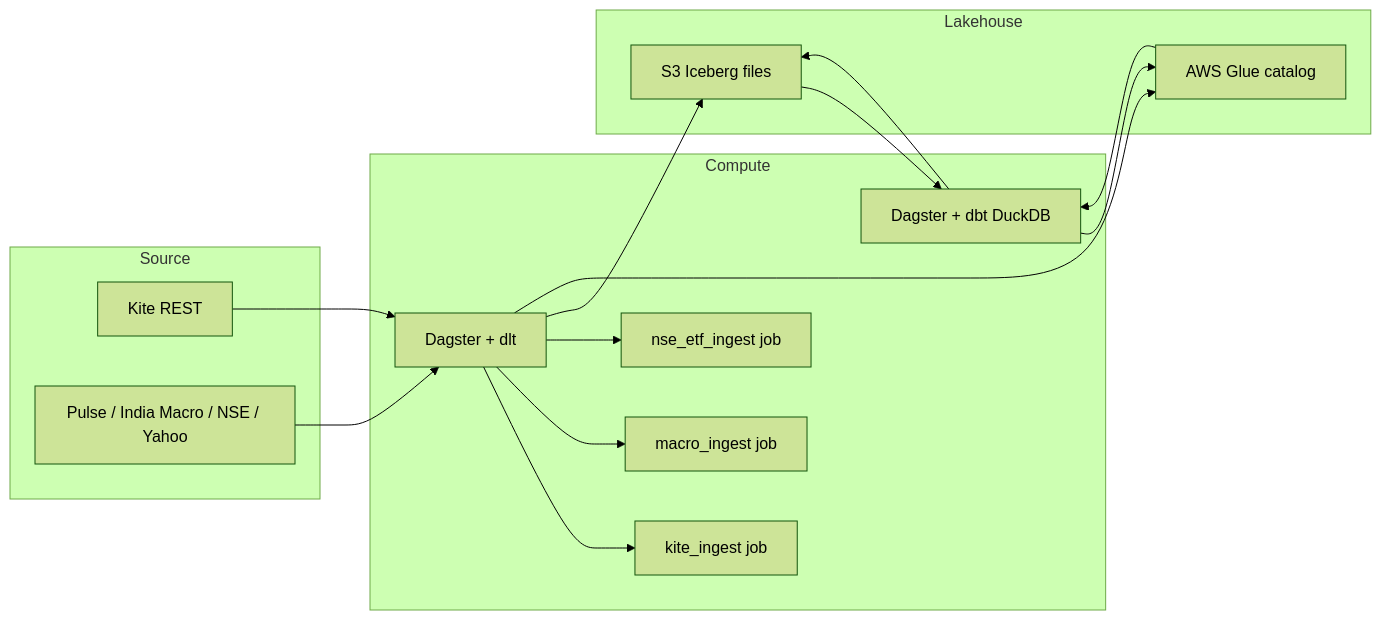
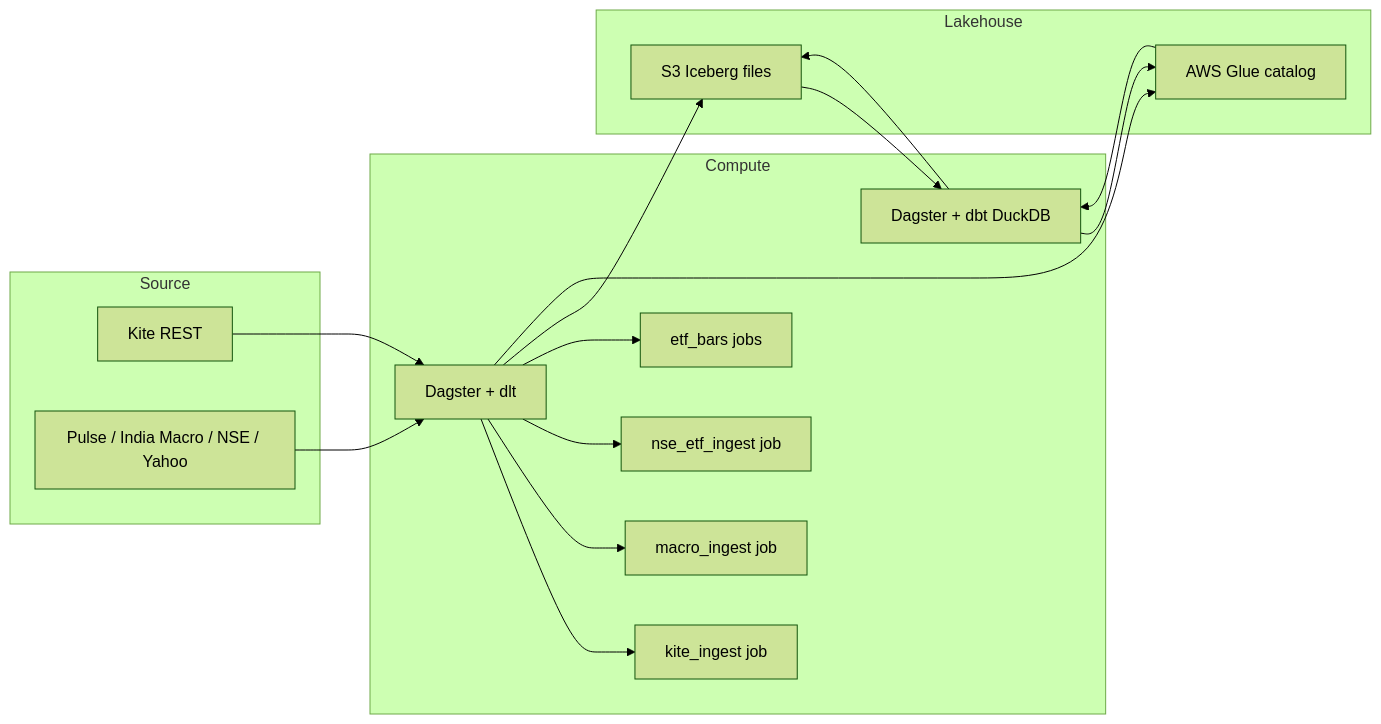
One commit to kunal-dey/investment-data-products changed the first of 5 diagrams in README.md. Above: the diagram before and after it, drawn with Mermaid (forest theme). The commit also changed other lines of this file and 5 other files, not shown here.

````diff
--- a/README.md
+++ b/README.md
@@ -34,32 +34,34 @@
 ```mermaid
 flowchart LR
   subgraph src["Source"]
     API["Kite REST"]
     Pulse["Pulse / India Macro / NSE / Yahoo"]
   end
 
   subgraph compute["Compute"]
     DLT["Dagster + dlt"]
     DBT["Dagster + dbt DuckDB"]
     KI["kite_ingest job"]
     MI["macro_ingest job"]
     ETF["nse_etf_ingest job"]
+    BARS["etf_bars jobs"]
   end
 
   subgraph lake["Lakehouse"]
     S3["S3 Iceberg files"]
     GLUE["AWS Glue catalog"]
   end
 
   API --> DLT
   Pulse --> DLT
   DLT --> KI
   DLT --> MI
   DLT --> ETF
+  DLT --> BARS
   DLT --> S3
   DLT --> GLUE
   S3 --> DBT
   GLUE --> DBT
   DBT --> S3
   DBT --> GLUE
 ```
````
